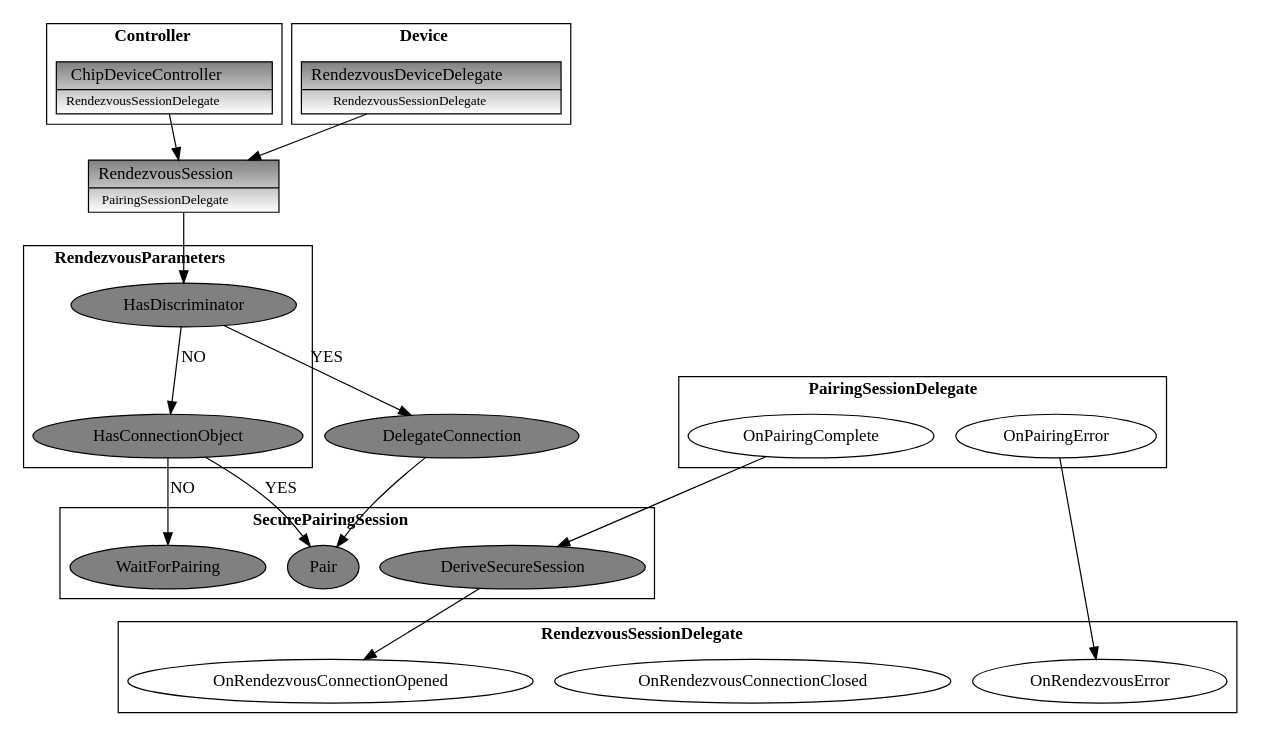
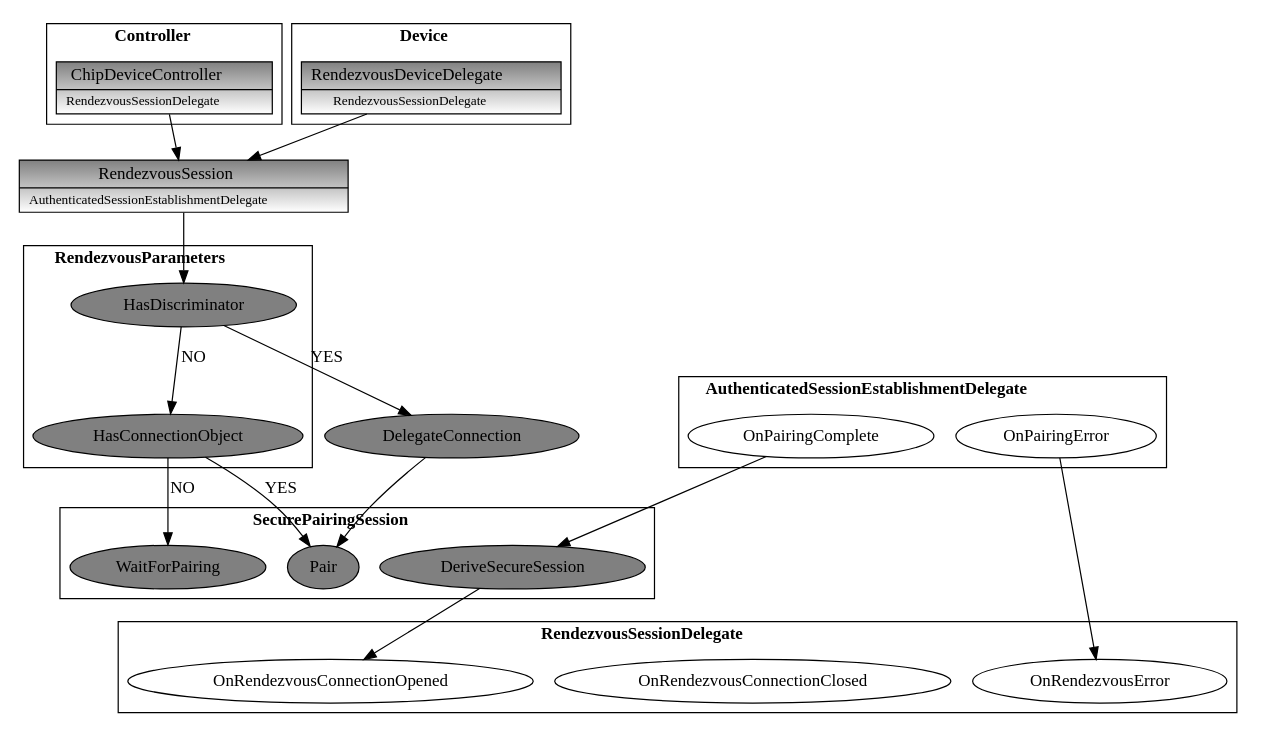
Before and after one commit to project-chip/connectedhomeip: the diagram in docs/dots/Rendezvous/RendezvousSessionInit.dot, drawn with Graphviz. The commit also changed 9 other files, not shown here.

```diff
--- a/docs/dots/Rendezvous/RendezvousSessionInit.dot
+++ b/docs/dots/Rendezvous/RendezvousSessionInit.dot
@@ -1,83 +1,83 @@
 digraph RendezvousSession
 {
   node [fillcolor="gray", style=filled]
 
   # This section represents controller-only elements
   subgraph cluster_controller {
     label=<<b>Controller</b>>
     node [fillcolor="white:gray", gradientangle=90]
 
     ChipDeviceController [shape=record label=<{ChipDeviceController|<font point-size="11">RendezvousSessionDelegate</font>}>, URL="@ref chip::DeviceController::ChipDeviceController"]
   }
 
   # This section represents device-only elements
   subgraph cluster_device {
     label=<<b>Device</b>>
     node [fillcolor="white:gray", gradientangle=90]
 
     RendezvousDeviceDelegate [shape=record label=<{RendezvousDeviceDelegate|<font point-size="11">RendezvousSessionDelegate</font>}> URL="@ref chip::RendezvousSessionDelegate"]
   }
 
   # This section represents elements which belongs to src/transport/
   subgraph rendezvousSession {
     node [fillcolor="white:gray", gradientangle=90]
 
-    RendezvousSession [shape=record, label=<{RendezvousSession|<font point-size="11">PairingSessionDelegate</font>}>, URL="@ref chip::PairingSessionDelegate"]
+    RendezvousSession [shape=record, label=<{RendezvousSession|<font point-size="11">AuthenticatedSessionEstablishmentDelegate</font>}>, URL="@ref chip::AuthenticatedSessionEstablishmentDelegate"]
   }
 
   # This section represents methods which belongs to SecurePairingSession
   subgraph cluster_securePairingSession {
     label=<<b>SecurePairingSession</b>>
     node [fillcolor="gray"]
 
     WaitForPairing [URL="@ref chip::SecurePairingSession::WaitForPairing"]
     Pair [URL="@ref chip::SecurePairingSession::Pair"]
     DeriveSecureSession [URL="@ref chip::SecurePairingSession::DeriveSecureSession"]
   }
 
   # This section represents methods which belongs to RendezvousParameters
   subgraph cluster_RendezvousParameters {
     label=<<b>RendezvousParameters</b>>
     node [fillcolor="gray"]
 
     HasDiscriminator [URL="@ref chip::RendezvousParameters::HasDiscriminator"]
     HasConnectionObject [URL="@ref chip::RendezvousParameters::HasConnectionObject"]
   }
 
   # This section represents callbacks which belongs to RendezvousSessionDelegate
   subgraph cluster_rendezvousSessionDelegate {
     label=<<b>RendezvousSessionDelegate</b>>
     node [fillcolor="white"]
 
     OnRendezvousConnectionOpened [URL="@ref chip::RendezvousSessionDelegate::OnRendezvousConnectionOpened"]
     OnRendezvousConnectionClosed [URL="@ref chip::RendezvousSessionDelegate::OnRendezvousConnectionClosed"]
     OnRendezvousError [URL="@ref chip::RendezvousSessionDelegate::OnRendezvousError"]
   }
 
-  # This section represents callbacks which belongs to PairingSessionDelegate
-  subgraph cluster_securePairingSessionDelegate {
-    label=<<b>PairingSessionDelegate</b>>
+  # This section represents callbacks which belongs to AuthenticatedSessionEstablishmentDelegate
+  subgraph cluster_secureAuthenticatedSessionEstablishmentDelegate {
+    label=<<b>AuthenticatedSessionEstablishmentDelegate</b>>
     node [fillcolor="white"]
 
-    OnPairingError [URL="@ref chip::PairingSessionDelegate::OnPairingError"]
-    OnPairingComplete [URL="@ref chip::PairingSessionDelegate::OnPairingComplete"]
+    OnPairingError [URL="@ref chip::AuthenticatedSessionEstablishmentDelegate::OnPairingError"]
+    OnPairingComplete [URL="@ref chip::AuthenticatedSessionEstablishmentDelegate::OnPairingComplete"]
   }
 
   #############################
   # Main relationships
   #############################
   {ChipDeviceController, RendezvousDeviceDelegate} -> RendezvousSession
 
   RendezvousSession -> HasDiscriminator
 
   HasDiscriminator -> DelegateConnection [label=YES]
   DelegateConnection -> Pair
 
   HasDiscriminator -> HasConnectionObject [label=NO]
   HasConnectionObject -> Pair [label=YES]
 
   HasConnectionObject -> WaitForPairing [label=NO]
 
   OnPairingError -> OnRendezvousError
   OnPairingComplete -> DeriveSecureSession -> OnRendezvousConnectionOpened
 }
```
